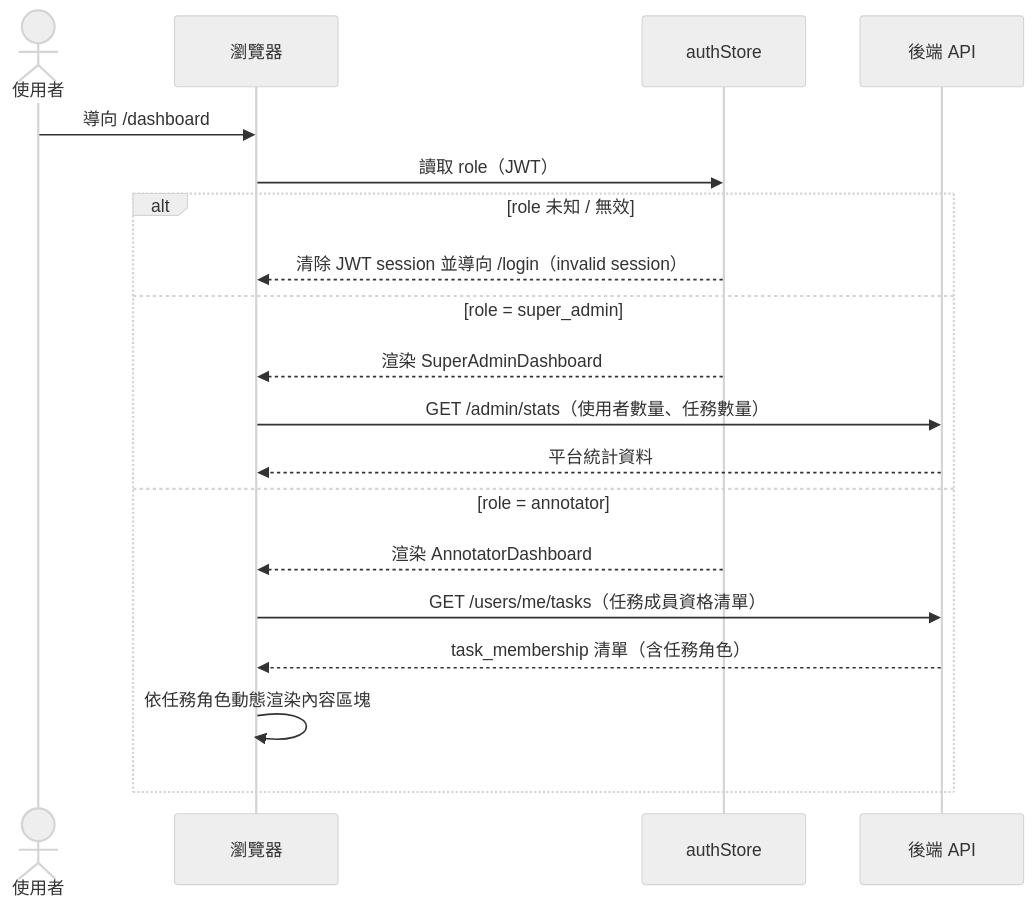
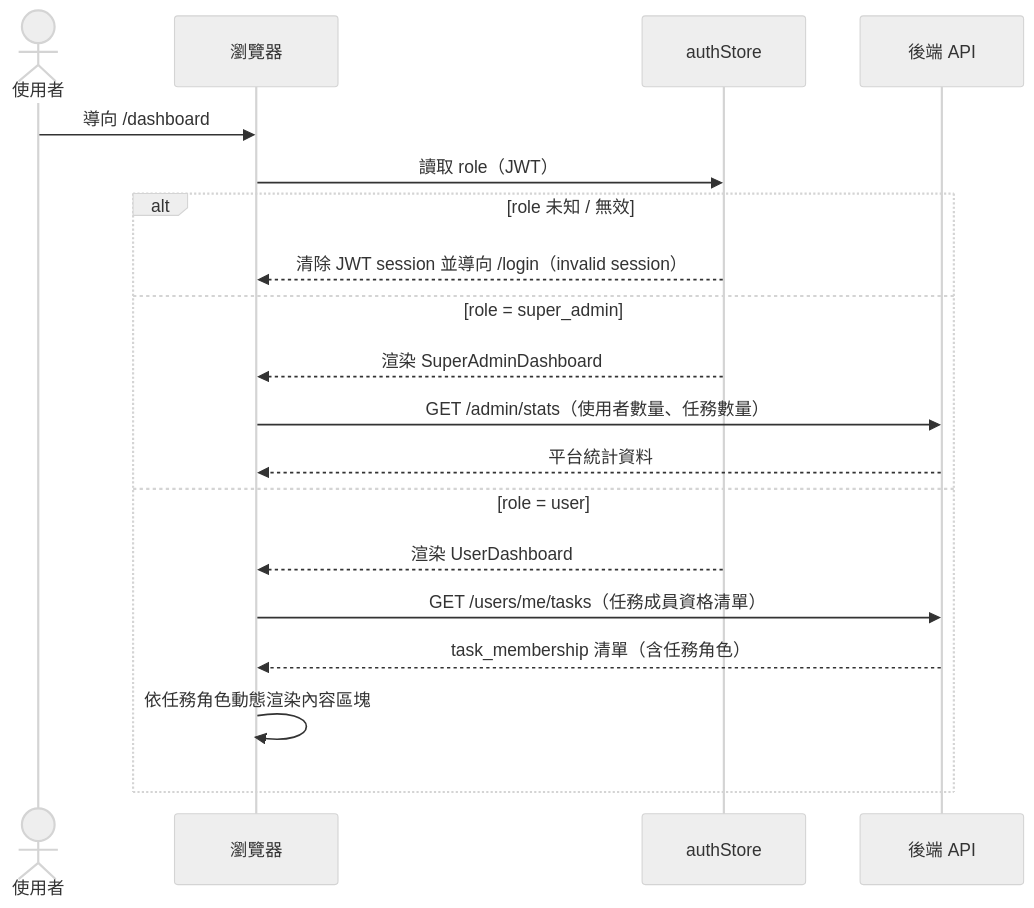
One commit to singyichen/label-suite changed the first of 2 diagrams in specs/dashboard/012-dashboard/spec.md. Above: the diagram before and after it, drawn with Mermaid (neutral theme). The commit also changed other lines of this file and 6 other files, not shown here.

````diff
--- a/specs/dashboard/012-dashboard/spec.md
+++ b/specs/dashboard/012-dashboard/spec.md
@@ -12,23 +12,23 @@
 ```mermaid
 sequenceDiagram
     actor 使用者
     participant 瀏覽器
     participant authStore
     participant 後端API as 後端 API
 
     使用者->>瀏覽器: 導向 /dashboard
     瀏覽器->>authStore: 讀取 role（JWT）
 
     alt role 未知 / 無效
         authStore-->>瀏覽器: 清除 JWT session 並導向 /login（invalid session）
     else role = super_admin
         authStore-->>瀏覽器: 渲染 SuperAdminDashboard
         瀏覽器->>後端API: GET /admin/stats（使用者數量、任務數量）
         後端API-->>瀏覽器: 平台統計資料
-    else role = annotator
-        authStore-->>瀏覽器: 渲染 AnnotatorDashboard
+    else role = user
+        authStore-->>瀏覽器: 渲染 UserDashboard
         瀏覽器->>後端API: GET /users/me/tasks（任務成員資格清單）
         後端API-->>瀏覽器: task_membership 清單（含任務角色）
         瀏覽器->>瀏覽器: 依任務角色動態渲染內容區塊
     end
 ```
````
